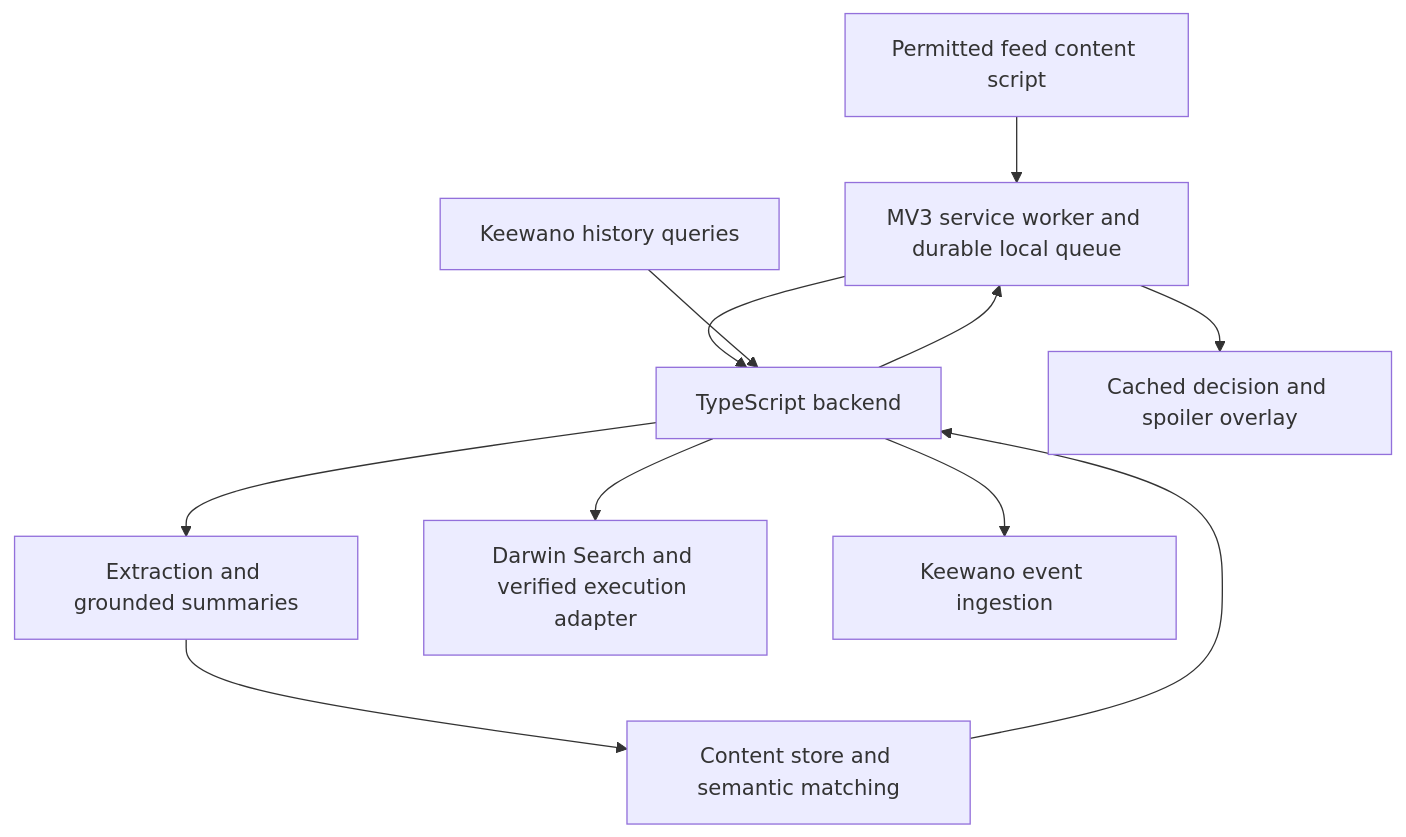
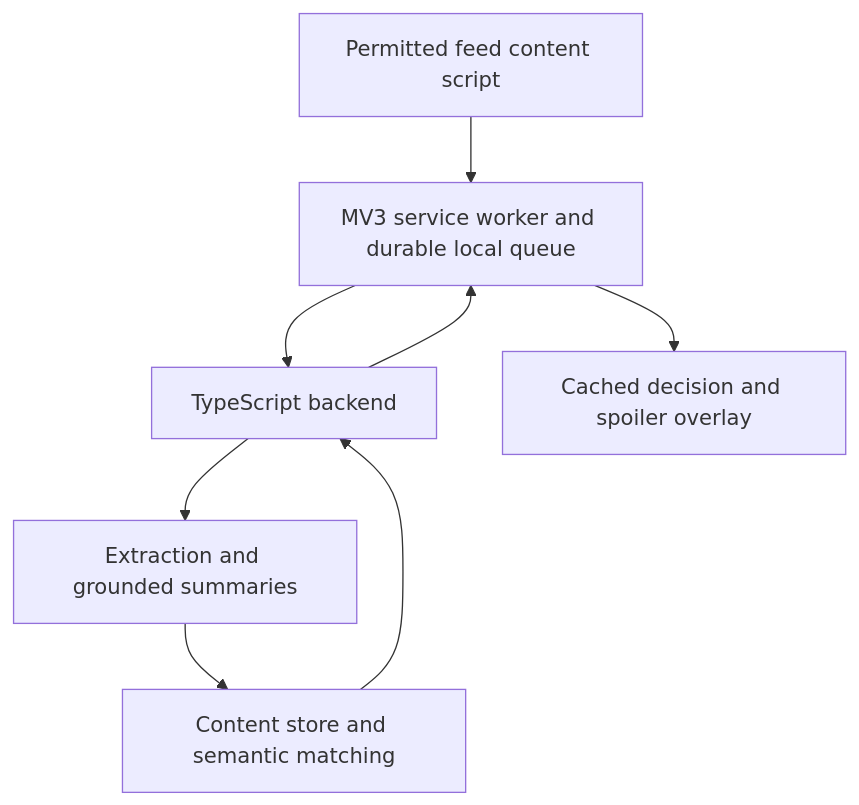
The diagram in docs/design-plan.md (cyh5340/SpoilerScroll), drawn with Mermaid before and after one commit. The commit also changed other lines of this file and 56 other files, not shown here.

````diff
--- a/docs/design-plan.md
+++ b/docs/design-plan.md
@@ -70,13 +69,10 @@
 ```mermaid
 flowchart TD
   A[Permitted feed content script] --> B[MV3 service worker and durable local queue]
   B --> C[TypeScript backend]
   C --> D[Extraction and grounded summaries]
   D --> E[Content store and semantic matching]
-  C --> F[Darwin Search and verified execution adapter]
-  C --> G[Keewano event ingestion]
-  H[Keewano history queries] --> C
   E --> C
   C --> B
   B --> I[Cached decision and spoiler overlay]
 ```
````
